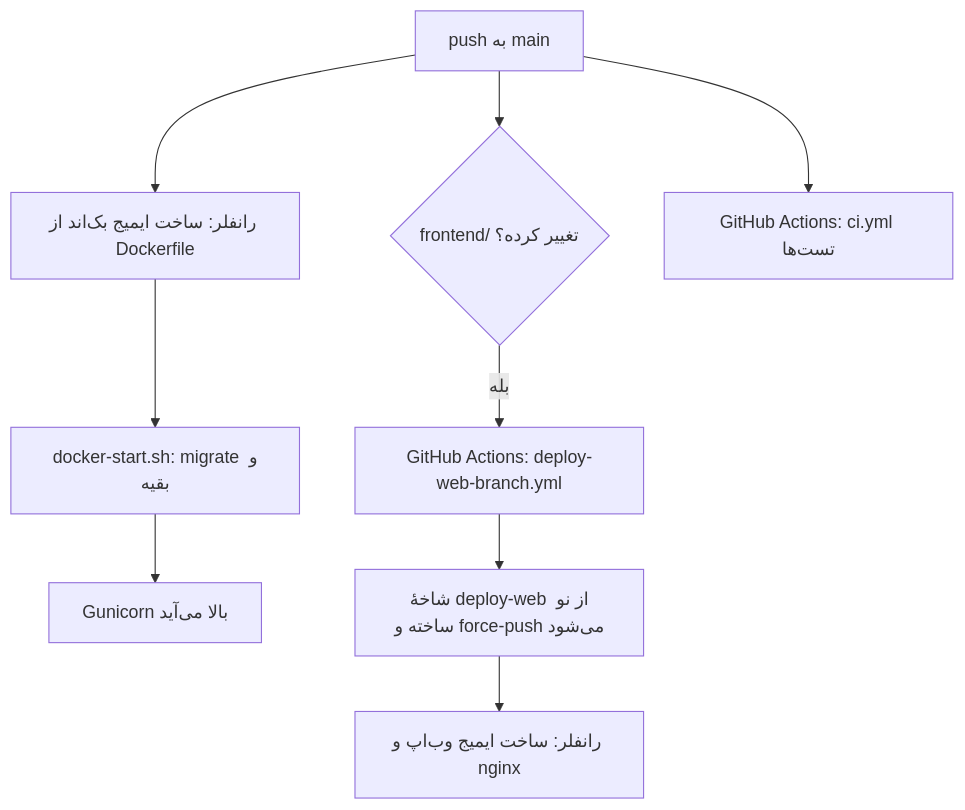
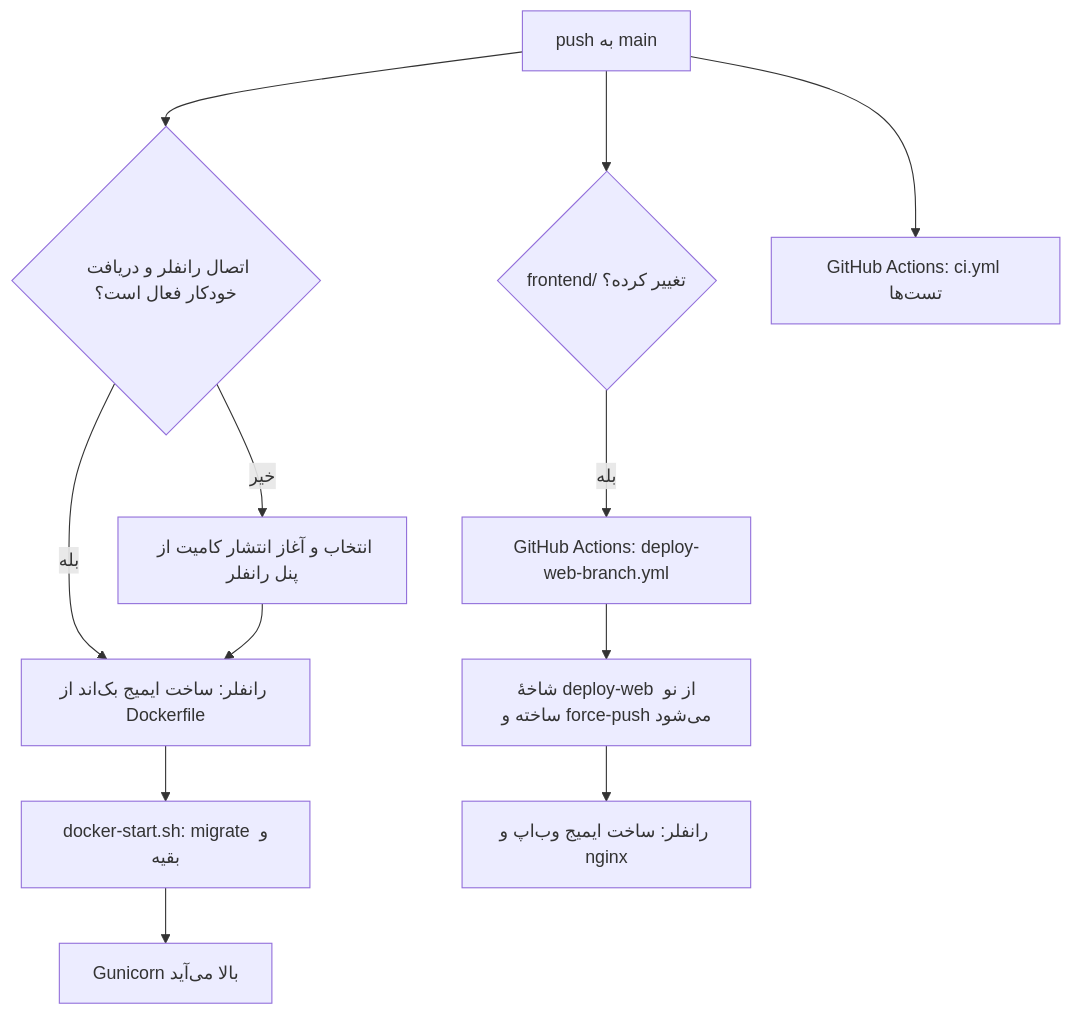
Before and after one commit to AmirMottaghiZadeh/Learning_Platform: the diagram in docs/08-deployment.md, drawn with Mermaid. The commit also changed other lines of this file and 4 other files, not shown here.

````diff
--- a/docs/08-deployment.md
+++ b/docs/08-deployment.md
@@ -19,11 +21,14 @@
 ```mermaid
 flowchart TD
-  P[push به main] --> B[رانفلر: ساخت ایمیج بک‌اند از Dockerfile]
+  P[push به main] --> T{اتصال رانفلر و دریافت خودکار فعال است؟}
+  T -- بله --> B[رانفلر: ساخت ایمیج بک‌اند از Dockerfile]
+  T -- خیر --> M[انتخاب و آغاز انتشار کامیت از پنل رانفلر]
+  M --> B
   B --> S[docker-start.sh: migrate و بقیه]
   S --> G[Gunicorn بالا می‌آید]
   P --> C{frontend/ تغییر کرده؟}
   C -- بله --> A[GitHub Actions: deploy-web-branch.yml]
   A --> D[شاخهٔ deploy-web از نو ساخته و force-push می‌شود]
   D --> W[رانفلر: ساخت ایمیج وب‌اپ و nginx]
   P --> CI[GitHub Actions: ci.yml تست‌ها]
 ```
````
